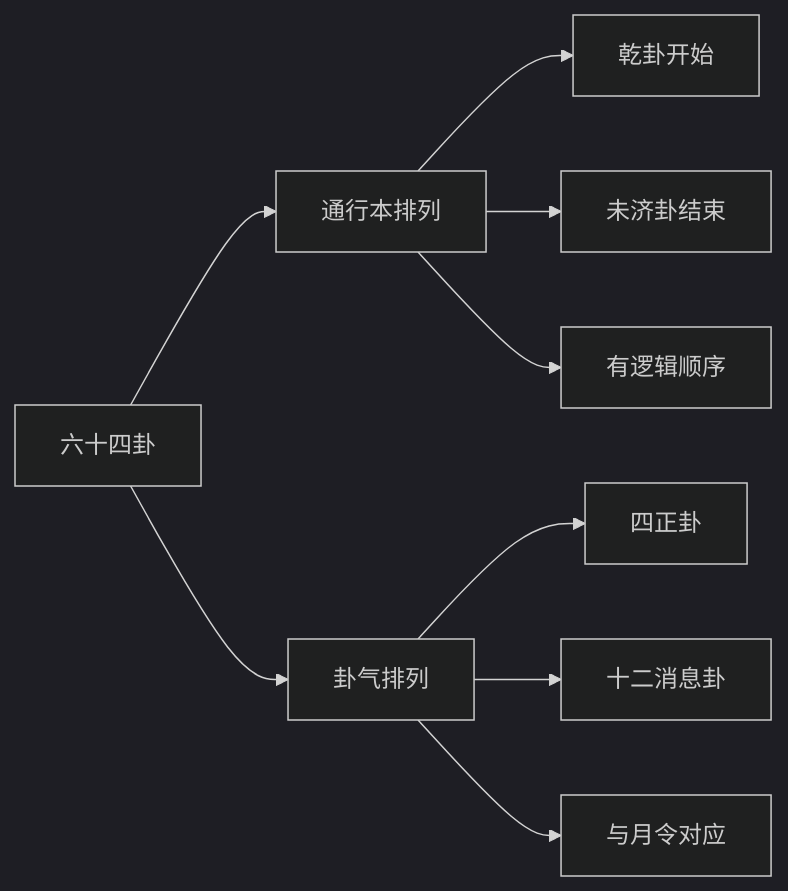
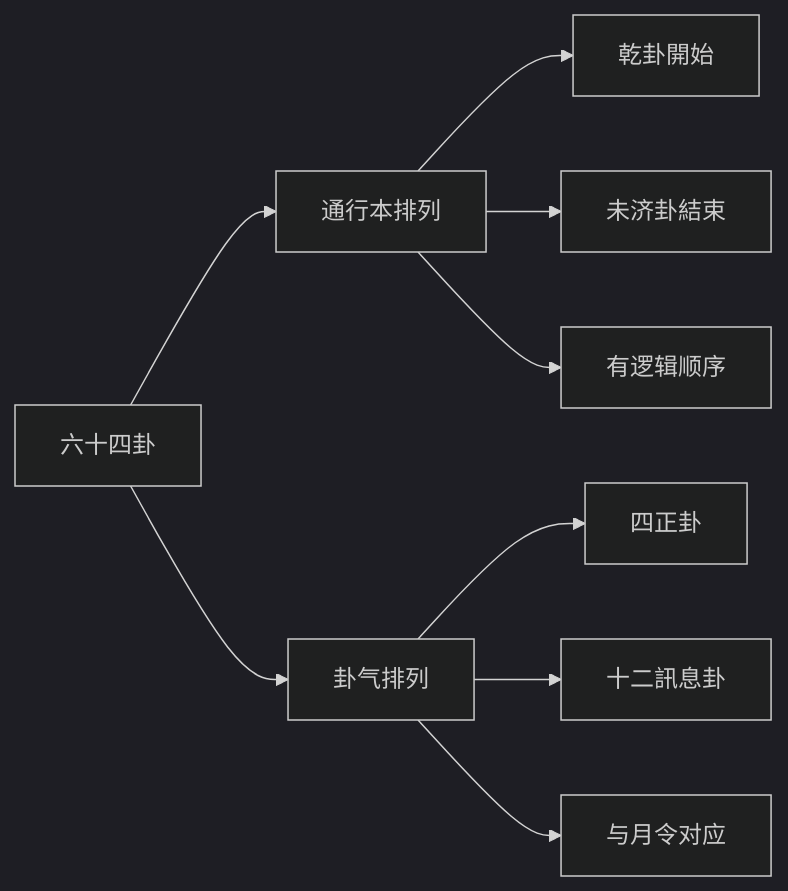
Before and after one commit to kmjade/knowledge-value: the second of 4 diagrams in 3 Resources/04-Interests/易学/01-基础入门/易经结构与组成.md, drawn with Mermaid (dark theme). The commit also changed other lines of this file and 653 other files, not shown here.

````diff
--- a/3 Resources/04-Interests/易学/01-基础入门/易经结构与组成.md
+++ b/3 Resources/04-Interests/易学/01-基础入门/易经结构与组成.md
@@ -97,13 +97,13 @@
 ```mermaid
 graph LR
     A[六十四卦] --> B[通行本排列]
     A --> C[卦气排列]
     
-    B --> B1[乾卦开始]
-    B --> B2[未济卦结束]
+    B --> B1[乾卦開始]
+    B --> B2[未济卦結束]
     B --> B3[有逻辑顺序]
     
     C --> C1[四正卦]
-    C --> C2[十二消息卦]
+    C --> C2[十二訊息卦]
     C --> C3[与月令对应]
 ```
````
